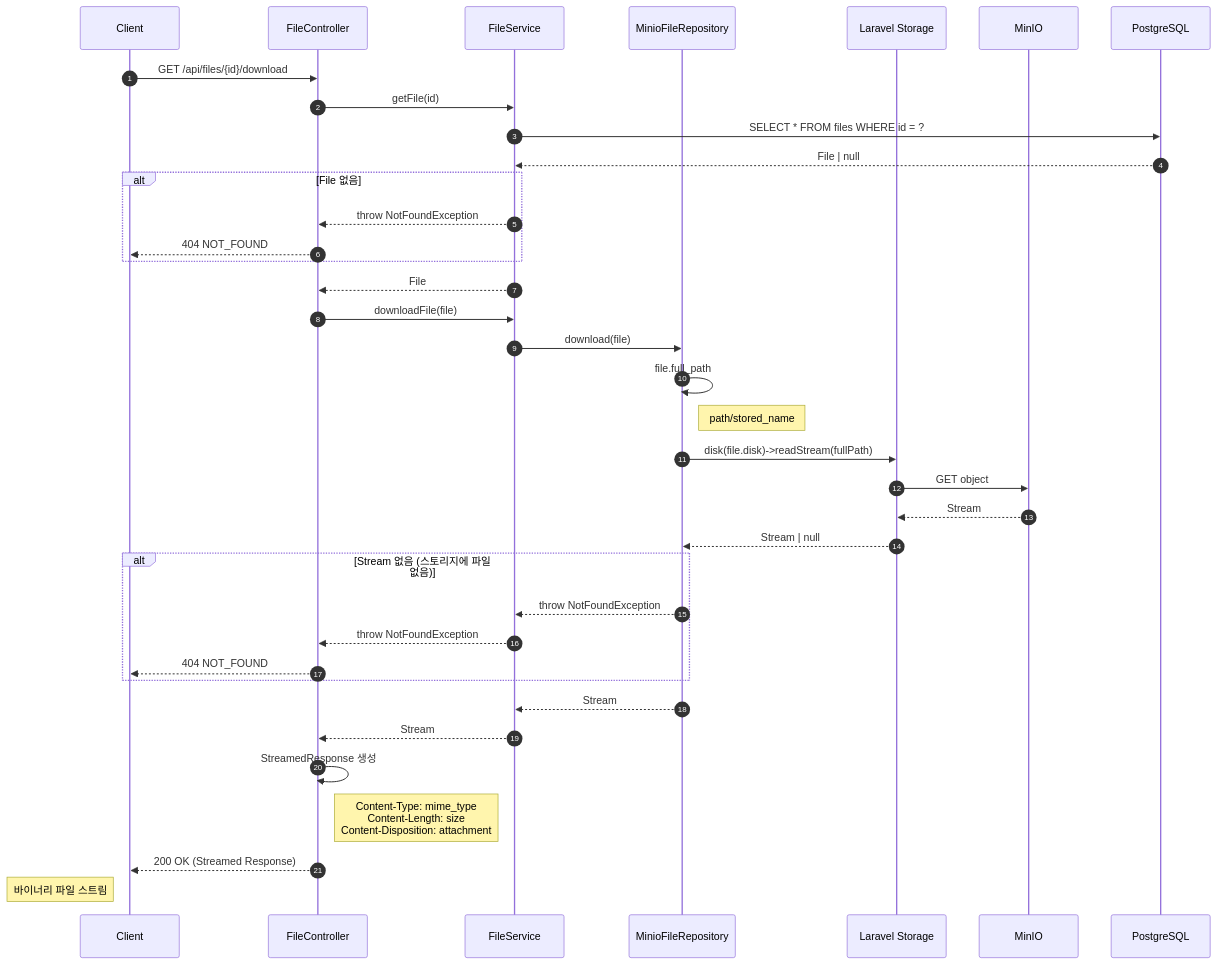
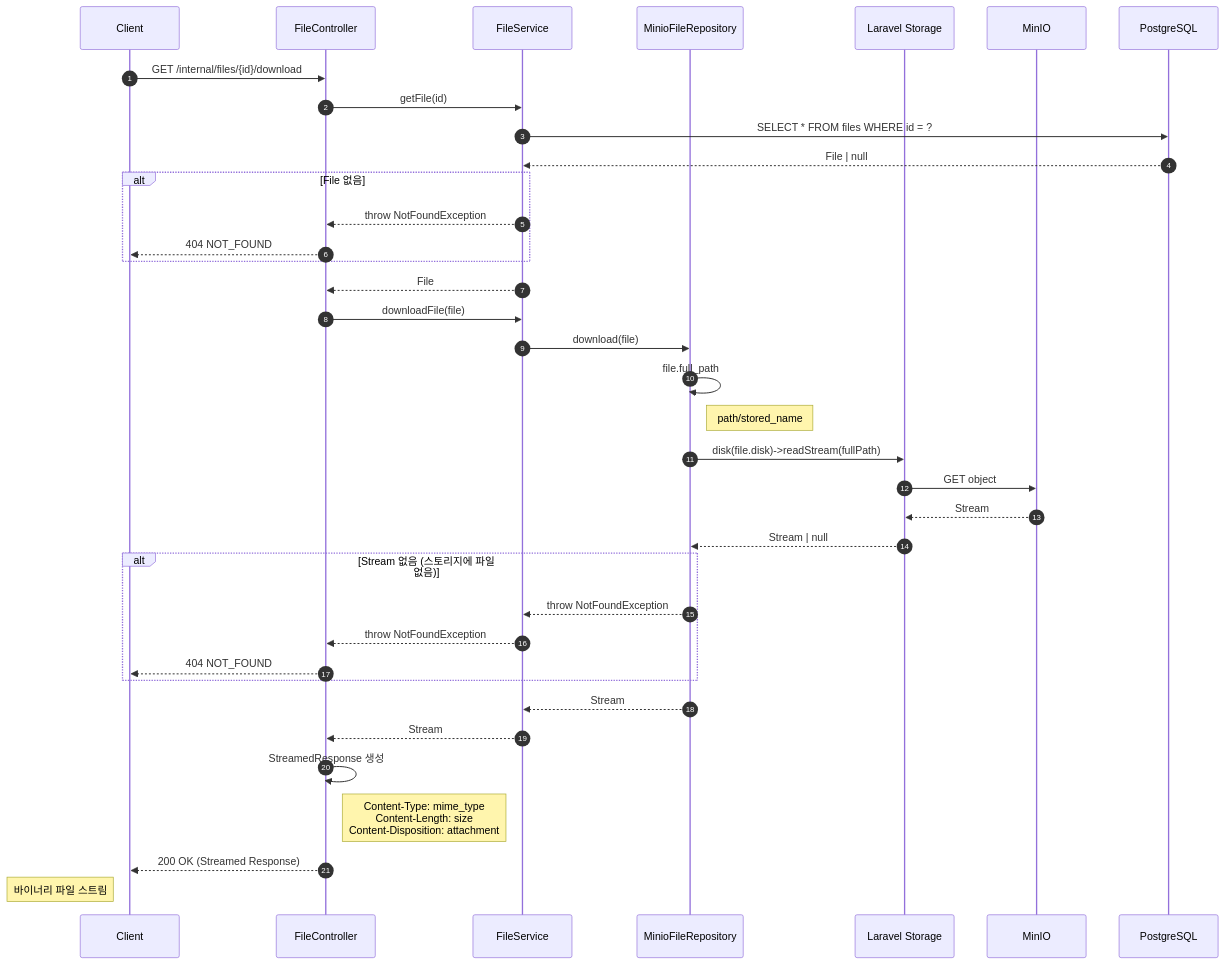
One commit to shaul1991/toy-core-system changed the second of 5 diagrams in docs/FILE.md. Above: the diagram before and after it, drawn with Mermaid. The commit also changed other lines of this file and 7 other files, not shown here.

````diff
--- a/docs/FILE.md
+++ b/docs/FILE.md
@@ -327,49 +327,49 @@
 ```mermaid
 sequenceDiagram
     autonumber
     participant Client
     participant Controller as FileController
     participant Service as FileService
     participant Repository as MinioFileRepository
     participant Storage as Laravel Storage
     participant MinIO
     participant DB as PostgreSQL
 
-    Client->>Controller: GET /api/files/{id}/download
+    Client->>Controller: GET /internal/files/{id}/download
     Controller->>Service: getFile(id)
 
     Service->>DB: SELECT * FROM files WHERE id = ?
     DB-->>Service: File | null
 
     alt File 없음
         Service-->>Controller: throw NotFoundException
         Controller-->>Client: 404 NOT_FOUND
     end
 
     Service-->>Controller: File
     Controller->>Service: downloadFile(file)
     Service->>Repository: download(file)
 
     Repository->>Repository: file.full_path
     Note right of Repository: path/stored_name
 
     Repository->>Storage: disk(file.disk)->readStream(fullPath)
     Storage->>MinIO: GET object
     MinIO-->>Storage: Stream
     Storage-->>Repository: Stream | null
 
     alt Stream 없음 (스토리지에 파일 없음)
         Repository-->>Service: throw NotFoundException
         Service-->>Controller: throw NotFoundException
         Controller-->>Client: 404 NOT_FOUND
     end
 
     Repository-->>Service: Stream
     Service-->>Controller: Stream
 
     Controller->>Controller: StreamedResponse 생성
     Note right of Controller: Content-Type: mime_type<br/>Content-Length: size<br/>Content-Disposition: attachment
 
     Controller-->>Client: 200 OK (Streamed Response)
     Note left of Client: 바이너리 파일 스트림
 ```
````
